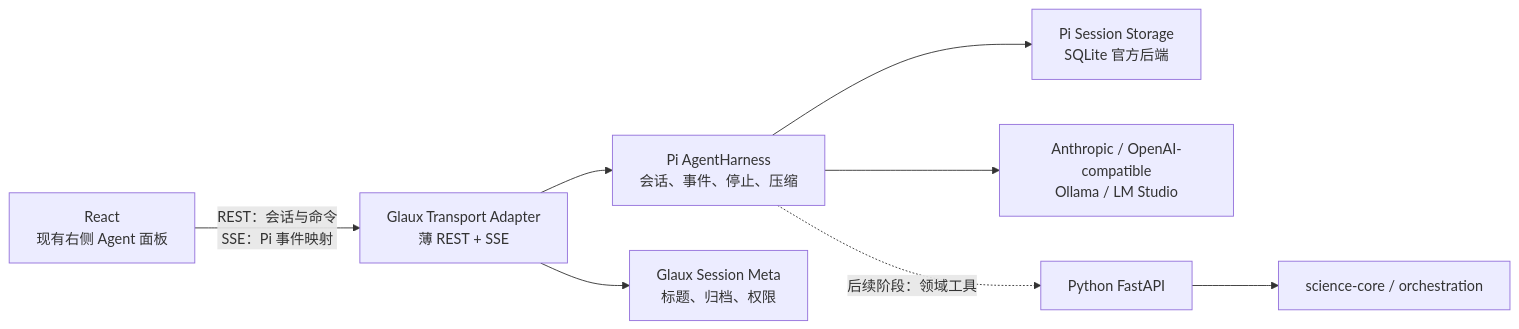
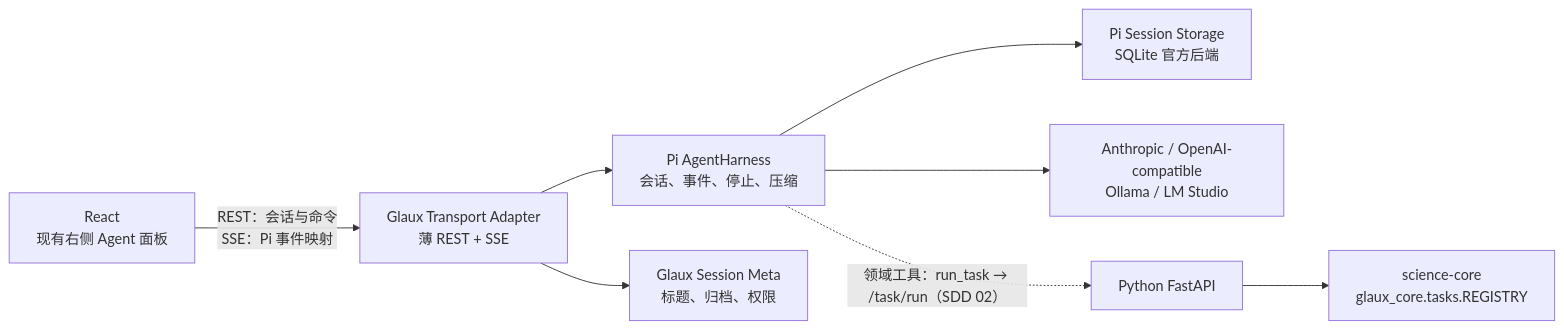
One commit to zhentai-sn/open-glaux changed the first of 5 diagrams in docs/sdd/feats/00-reference-agent-conversations/README.md. Above: the diagram before and after it, drawn with Mermaid. The commit also changed other lines of this file and 9 other files, not shown here.

````diff
--- a/docs/sdd/feats/00-reference-agent-conversations/README.md
+++ b/docs/sdd/feats/00-reference-agent-conversations/README.md
@@ -137,19 +137,19 @@
 ```mermaid
 flowchart LR
     UI["React<br/>现有右侧 Agent 面板"]
     ADAPTER["Glaux Transport Adapter<br/>薄 REST + SSE"]
     HARNESS["Pi AgentHarness<br/>会话、事件、停止、压缩"]
     STORE["Pi Session Storage<br/>SQLite 官方后端"]
     META["Glaux Session Meta<br/>标题、归档、权限"]
     LLM["Anthropic / OpenAI-compatible<br/>Ollama / LM Studio"]
     API["Python FastAPI"]
-    CORE["science-core / orchestration"]
+    CORE["science-core<br/>glaux_core.tasks.REGISTRY"]
 
     UI -->|"REST：会话与命令<br/>SSE：Pi 事件映射"| ADAPTER
     ADAPTER --> HARNESS
     ADAPTER --> META
     HARNESS --> STORE
     HARNESS --> LLM
-    HARNESS -.->|"后续阶段：领域工具"| API
+    HARNESS -.->|"领域工具：run_task → /task/run（SDD 02）"| API
     API --> CORE
 ```
````
